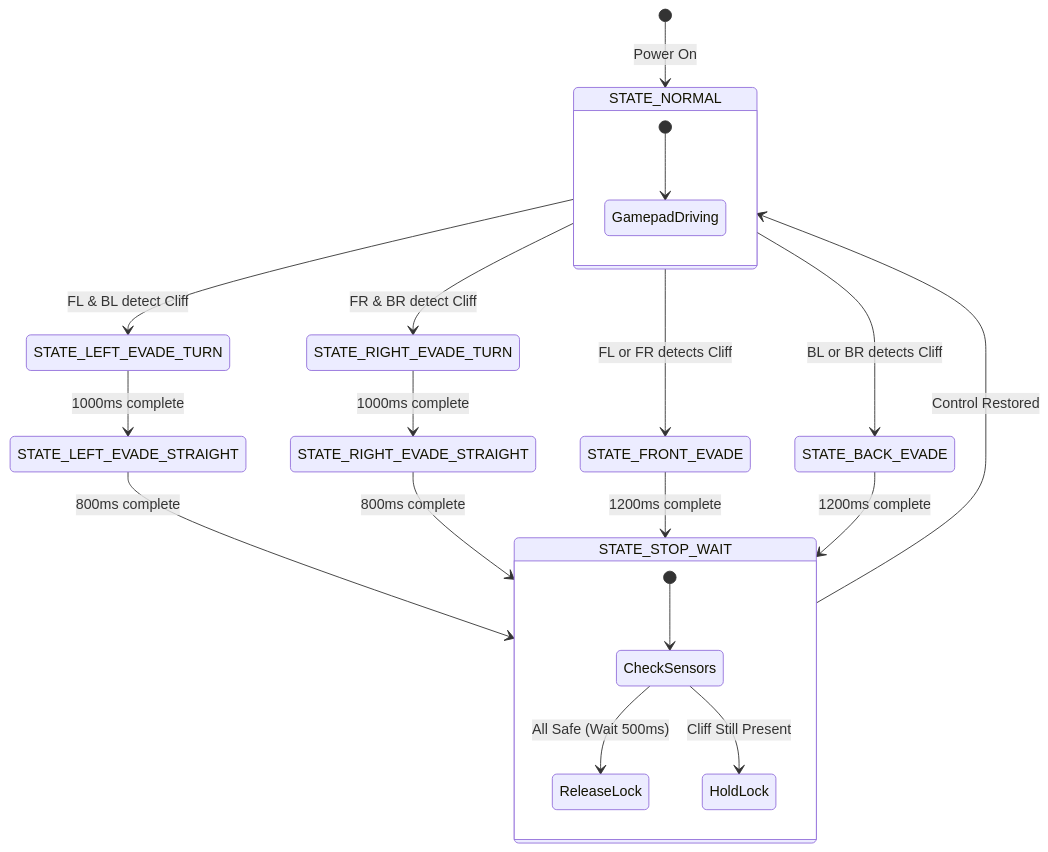
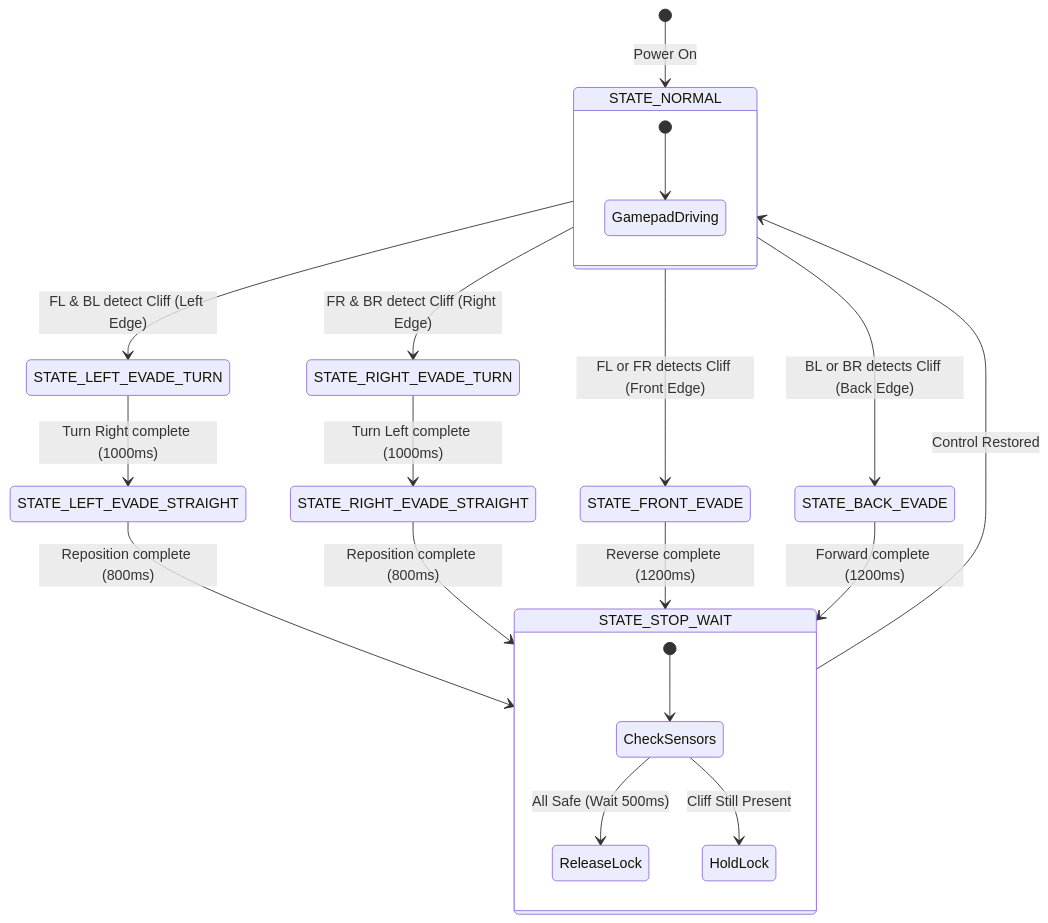
One commit to shamsulhakimee/IntegratedDesignProject-IDP- changed the third of 3 diagrams in README.md. Above: the diagram before and after it, drawn with Mermaid. The commit also changed other lines of this file and 3 other files, not shown here.

Commit message:
Remove cancelled IMU/closed-loop configuration and update system documentation/architecture diagrams

````diff
--- a/README.md
+++ b/README.md
@@ -76,30 +226,30 @@
 ```mermaid
 stateDiagram-v2
     [*] --> STATE_NORMAL : Power On
     
     state STATE_NORMAL {
         [*] --> GamepadDriving
     }
 
-    STATE_NORMAL --> STATE_LEFT_EVADE_TURN : FL & BL detect Cliff
-    STATE_NORMAL --> STATE_RIGHT_EVADE_TURN : FR & BR detect Cliff
-    STATE_NORMAL --> STATE_FRONT_EVADE : FL or FR detects Cliff
-    STATE_NORMAL --> STATE_BACK_EVADE : BL or BR detects Cliff
+    STATE_NORMAL --> STATE_LEFT_EVADE_TURN : FL & BL detect Cliff (Left Edge)
+    STATE_NORMAL --> STATE_RIGHT_EVADE_TURN : FR & BR detect Cliff (Right Edge)
+    STATE_NORMAL --> STATE_FRONT_EVADE : FL or FR detects Cliff (Front Edge)
+    STATE_NORMAL --> STATE_BACK_EVADE : BL or BR detects Cliff (Back Edge)
 
-    STATE_LEFT_EVADE_TURN --> STATE_LEFT_EVADE_STRAIGHT : 1000ms complete
-    STATE_LEFT_EVADE_STRAIGHT --> STATE_STOP_WAIT : 800ms complete
+    STATE_LEFT_EVADE_TURN --> STATE_LEFT_EVADE_STRAIGHT : Turn Right complete (1000ms)
+    STATE_LEFT_EVADE_STRAIGHT --> STATE_STOP_WAIT : Reposition complete (800ms)
 
-    STATE_RIGHT_EVADE_TURN --> STATE_RIGHT_EVADE_STRAIGHT : 1000ms complete
-    STATE_RIGHT_EVADE_STRAIGHT --> STATE_STOP_WAIT : 800ms complete
+    STATE_RIGHT_EVADE_TURN --> STATE_RIGHT_EVADE_STRAIGHT : Turn Left complete (1000ms)
+    STATE_RIGHT_EVADE_STRAIGHT --> STATE_STOP_WAIT : Reposition complete (800ms)
 
-    STATE_FRONT_EVADE --> STATE_STOP_WAIT : 1200ms complete
-    STATE_BACK_EVADE --> STATE_STOP_WAIT : 1200ms complete
+    STATE_FRONT_EVADE --> STATE_STOP_WAIT : Reverse complete (1200ms)
+    STATE_BACK_EVADE --> STATE_STOP_WAIT : Forward complete (1200ms)
 
     state STATE_STOP_WAIT {
         [*] --> CheckSensors
         CheckSensors --> ReleaseLock : All Safe (Wait 500ms)
         CheckSensors --> HoldLock : Cliff Still Present
     }
 
     STATE_STOP_WAIT --> STATE_NORMAL : Control Restored
 ```
````
